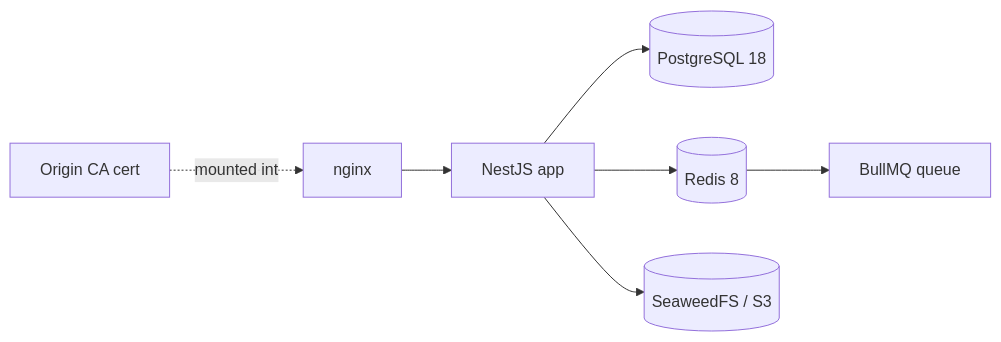
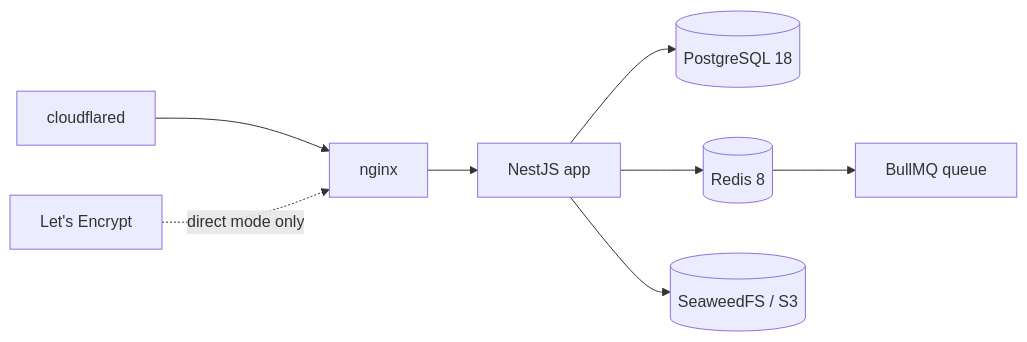
The second of 4 diagrams in docs/architecture/10-third-party-services.md (tareq89/biddaloy), drawn with Mermaid before and after one commit. The commit also changed other lines of this file and 9 other files, not shown here.

````diff
--- a/docs/architecture/10-third-party-services.md
+++ b/docs/architecture/10-third-party-services.md
@@ -30,9 +32,10 @@
 ```mermaid
 flowchart LR
     app[NestJS app] --> db[(PostgreSQL 18)]
     app --> redis[(Redis 8)]
     app --> seaweedfs[(SeaweedFS / S3)]
     redis --> bullmq[BullMQ queue]
-    nginx[nginx] --> app
-    origin[Origin CA cert] -.mounted into.-> nginx
+    cfd[cloudflared] --> nginx[nginx]
+    nginx --> app
+    le[Let's Encrypt] -.direct mode only.-> nginx
 ```
````
